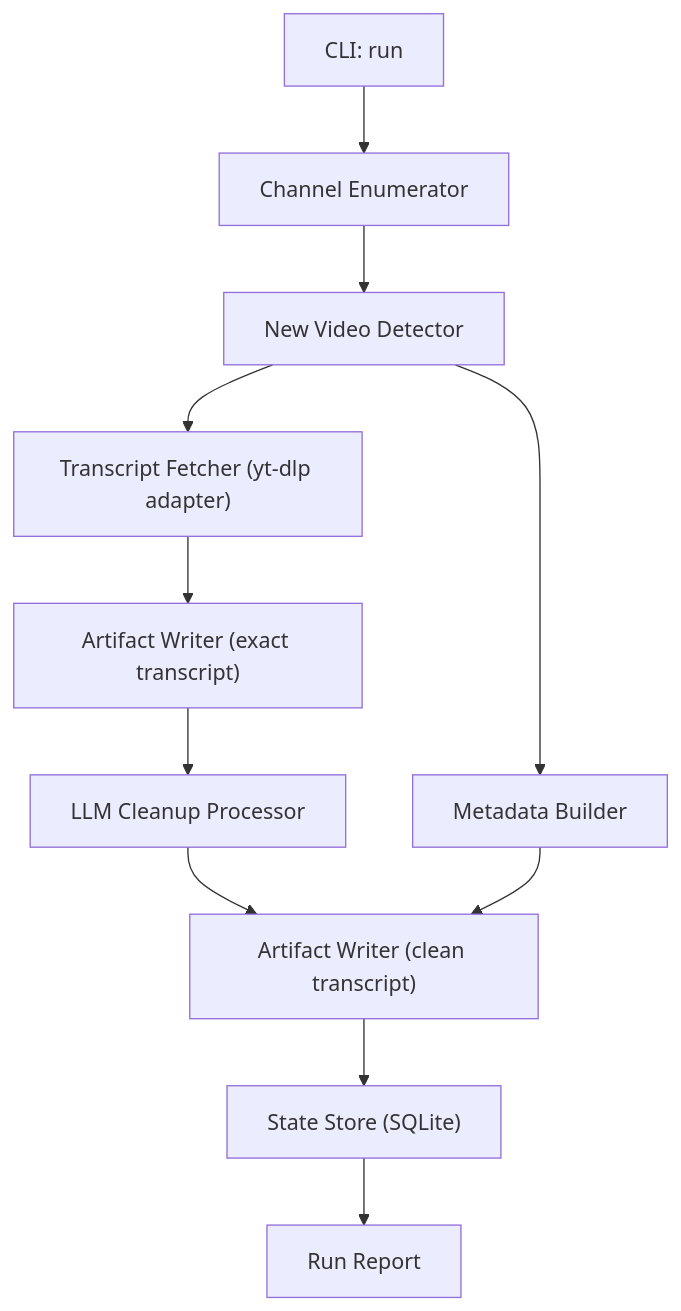
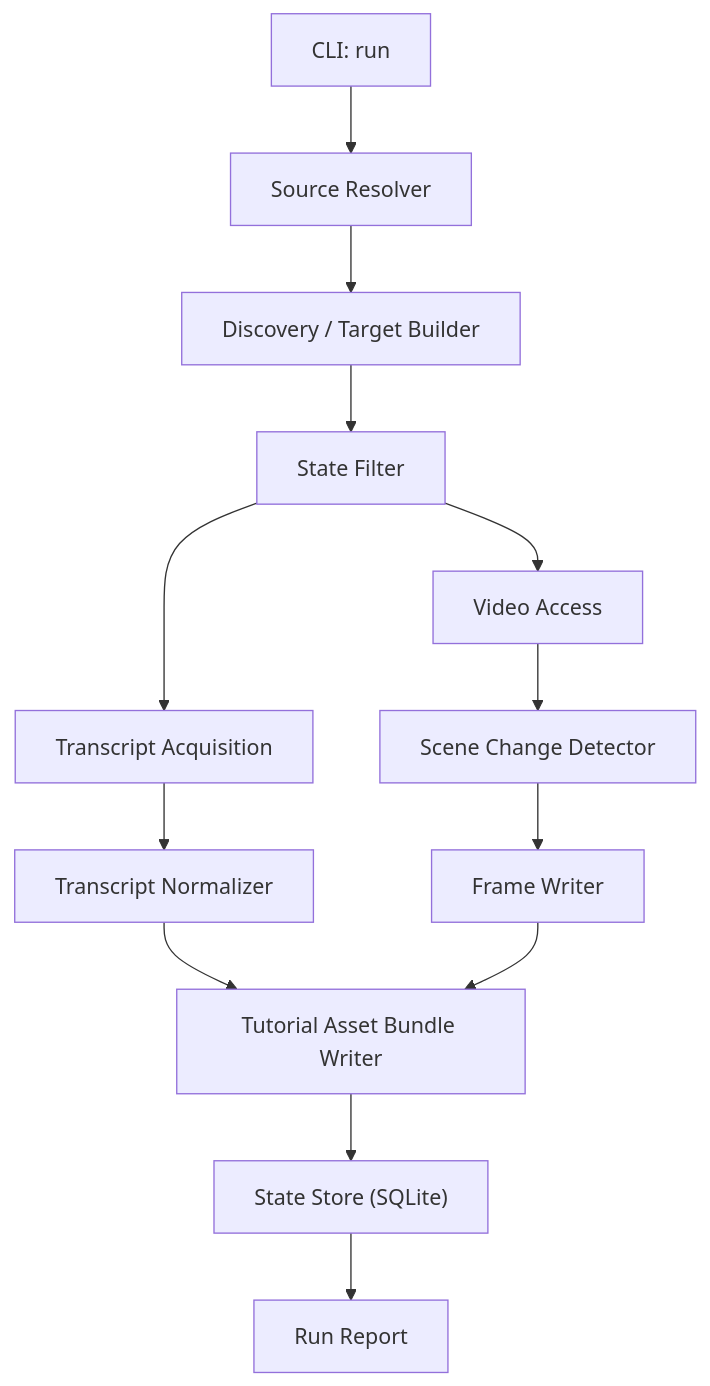
Before and after one commit to leebase/lunduke-transcripts: the diagram in design.md, drawn with Mermaid. The commit also changed other lines of this file and 71 other files, not shown here.

First line of the commit message:
Sprints 6-9: ASR plugins, tutorial asset extraction, multi-agent pipeline, and PDF renderer

````diff
--- a/design.md
+++ b/design.md
@@ -51,13 +48,15 @@
 ```mermaid
 flowchart TD
-    A["CLI: run"] --> B["Channel Enumerator"]
-    B --> C["New Video Detector"]
-    C --> D["Transcript Fetcher (yt-dlp adapter)"]
-    D --> E["Artifact Writer (exact transcript)"]
-    E --> F["LLM Cleanup Processor"]
-    F --> G["Artifact Writer (clean transcript)"]
-    C --> H["Metadata Builder"]
-    H --> G
-    G --> I["State Store (SQLite)"]
-    I --> J["Run Report"]
+    A["CLI: run"] --> B["Source Resolver"]
+    B --> C["Discovery / Target Builder"]
+    C --> D["State Filter"]
+    D --> E["Transcript Acquisition"]
+    E --> F["Transcript Normalizer"]
+    D --> G["Video Access"]
+    G --> H["Scene Change Detector"]
+    H --> I["Frame Writer"]
+    F --> J["Tutorial Asset Bundle Writer"]
+    I --> J
+    J --> K["State Store (SQLite)"]
+    K --> L["Run Report"]
 ```
````
